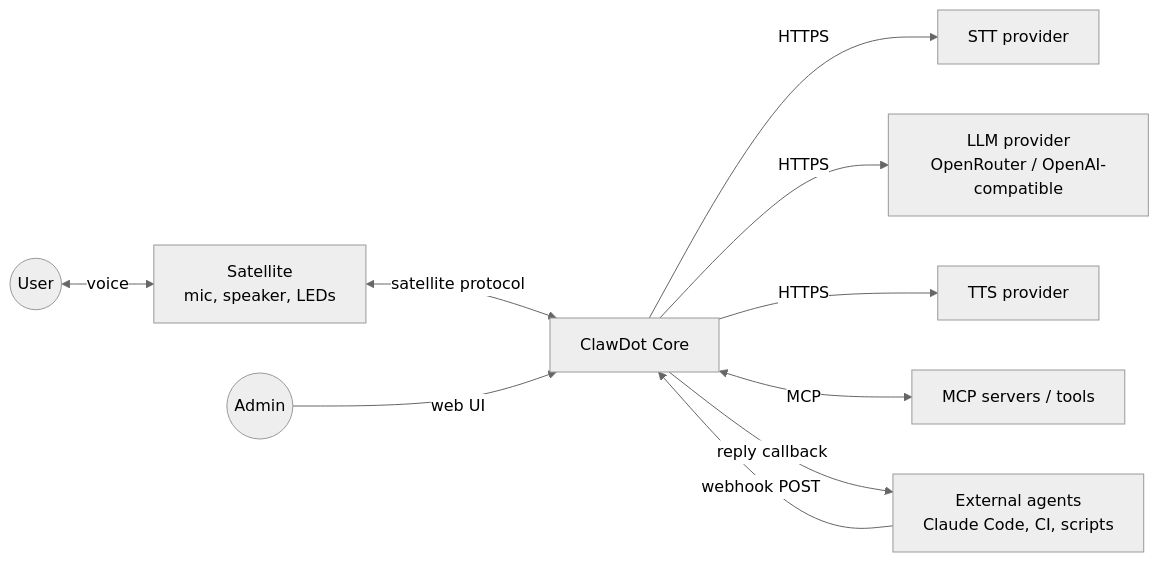
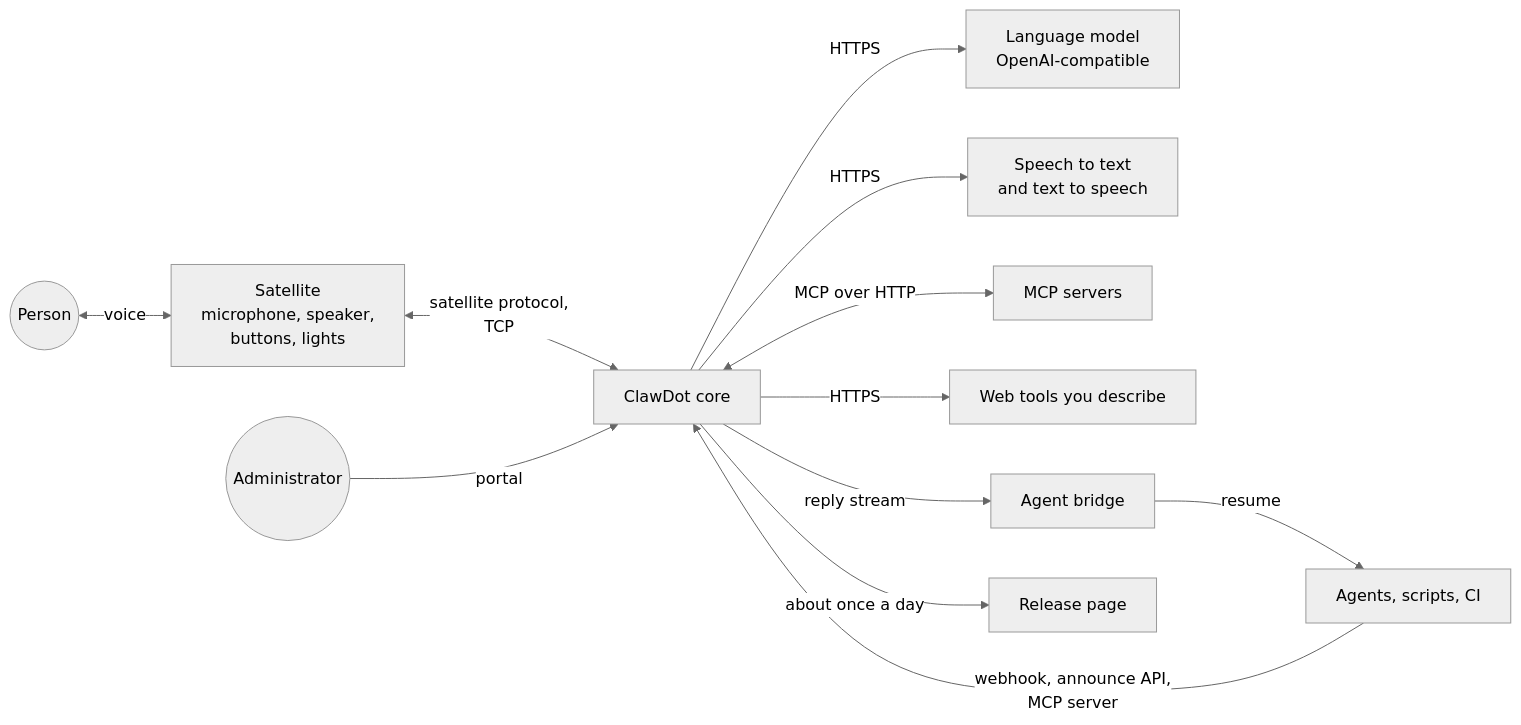
Before and after one commit to AndyAnderson8/clawdot: the diagram in docs/architecture/overview.md, drawn with Mermaid (neutral theme). The commit also changed other lines of this file, not shown here.

First line of the commit message:
docs(architecture): rewrite the overview to match the code

````diff
--- a/docs/architecture/overview.md
+++ b/docs/architecture/overview.md
@@ -7,12 +9,14 @@
 ```mermaid
 flowchart LR
-    User((User)) <-->|voice| Sat[Satellite<br/>mic, speaker, LEDs]
-    Sat <-->|satellite protocol| Core[ClawDot Core]
-    Core -->|HTTPS| STT[STT provider]
-    Core -->|HTTPS| LLM[LLM provider<br/>OpenRouter / OpenAI-compatible]
-    Core -->|HTTPS| TTS[TTS provider]
-    Core <-->|MCP| MCP[MCP servers / tools]
-    Agents[External agents<br/>Claude Code, CI, scripts] -->|webhook POST| Core
-    Core -->|reply callback| Agents
-    Admin((Admin)) -->|web UI| Core
+    User((Person)) <-->|voice| Sat[Satellite<br/>microphone, speaker,<br/>buttons, lights]
+    Sat <-->|satellite protocol,<br/>TCP| Core[ClawDot core]
+    Core -->|HTTPS| LLM[Language model<br/>OpenAI-compatible]
+    Core -->|HTTPS| Speech[Speech to text<br/>and text to speech]
+    Core <-->|MCP over HTTP| MCP[MCP servers]
+    Core -->|HTTPS| Web[Web tools you describe]
+    Agents[Agents, scripts, CI] -->|webhook, announce API,<br/>MCP server| Core
+    Core -->|reply stream| Bridge[Agent bridge]
+    Bridge -->|resume| Agents
+    Admin((Administrator)) -->|portal| Core
+    Core -->|about once a day| Rel[Release page]
 ```
````
